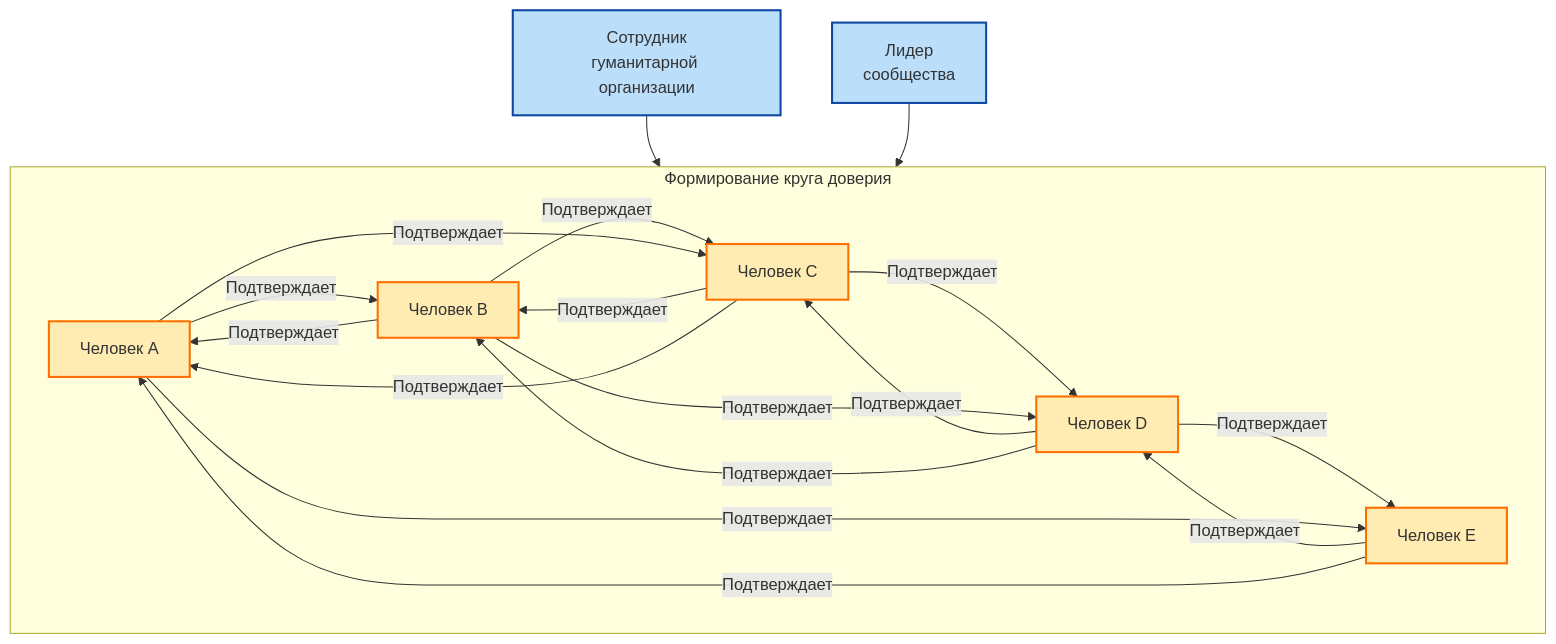
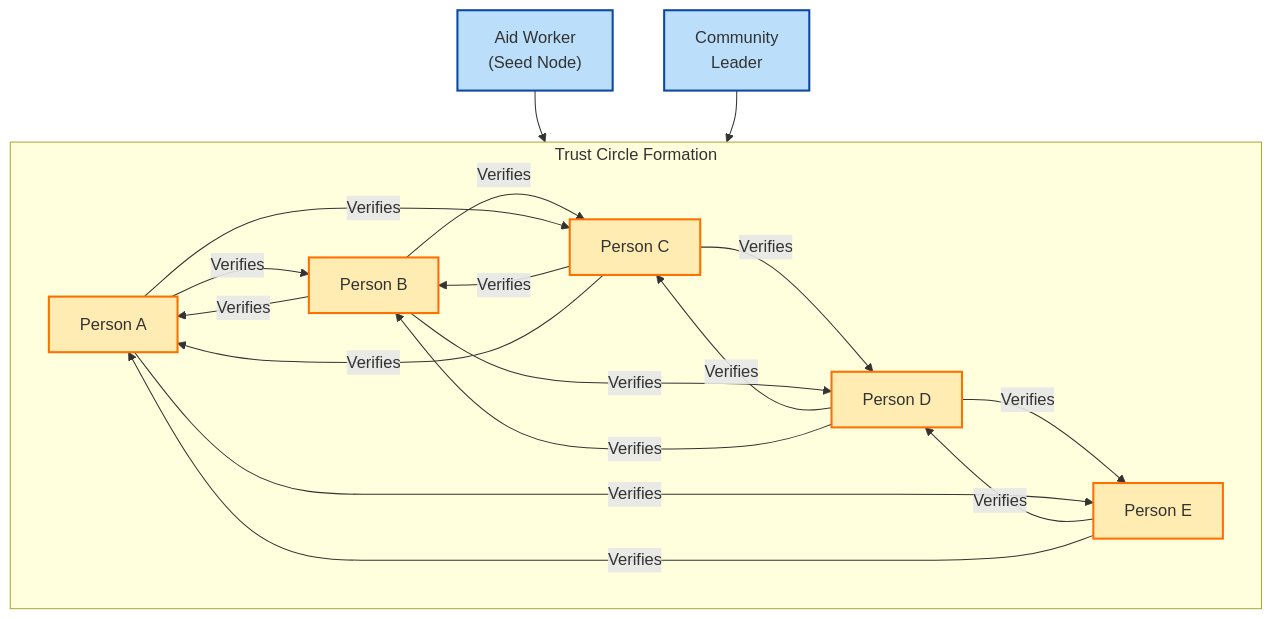
The second of 7 diagrams in Endterm/6 task/MESA_Humanitarian_Aid_System.md (Ablikon/Endterm), drawn with Mermaid before and after one commit. The commit also changed other lines of this file, not shown here.

````diff
--- a/Endterm/6 task/MESA_Humanitarian_Aid_System.md
+++ b/Endterm/6 task/MESA_Humanitarian_Aid_System.md
@@ -108,31 +127,31 @@
 ```mermaid
 graph TD
-    subgraph TrustCircle["Формирование круга доверия"]
-        A["Человек A"] -- "Подтверждает" --> B["Человек B"]
-        B -- "Подтверждает" --> A
-        B -- "Подтверждает" --> C["Человек C"]
-        C -- "Подтверждает" --> B
-        C -- "Подтверждает" --> D["Человек D"]
-        D -- "Подтверждает" --> C
-        D -- "Подтверждает" --> E["Человек E"]
-        E -- "Подтверждает" --> D
-        E -- "Подтверждает" --> A
-        A -- "Подтверждает" --> E
-        A -- "Подтверждает" --> C
-        C -- "Подтверждает" --> A
-        B -- "Подтверждает" --> D
-        D -- "Подтверждает" --> B
+    subgraph TrustCircle["Trust Circle Formation"]
+        A["Person A"] -- "Verifies" --> B["Person B"]
+        B -- "Verifies" --> A
+        B -- "Verifies" --> C["Person C"]
+        C -- "Verifies" --> B
+        C -- "Verifies" --> D["Person D"]
+        D -- "Verifies" --> C
+        D -- "Verifies" --> E["Person E"]
+        E -- "Verifies" --> D
+        E -- "Verifies" --> A
+        A -- "Verifies" --> E
+        A -- "Verifies" --> C
+        C -- "Verifies" --> A
+        B -- "Verifies" --> D
+        D -- "Verifies" --> B
     end
     
-    Worker["Сотрудник<br>гуманитарной организации"]
-    Community["Лидер<br>сообщества"]
+    Worker["Aid Worker<br>(Seed Node)"]
+    Community["Community<br>Leader"]
     
     Worker --> TrustCircle
     Community --> TrustCircle
     
     classDef person fill:#ffecb3,stroke:#ff6f00,stroke-width:2px
     classDef authority fill:#bbdefb,stroke:#0d47a1,stroke-width:2px
     
     class A,B,C,D,E person
     class Worker,Community authority
 ```
````
